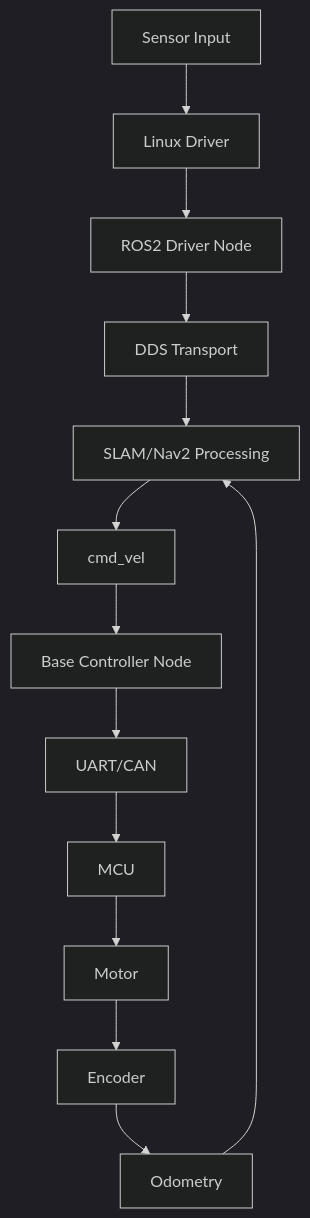
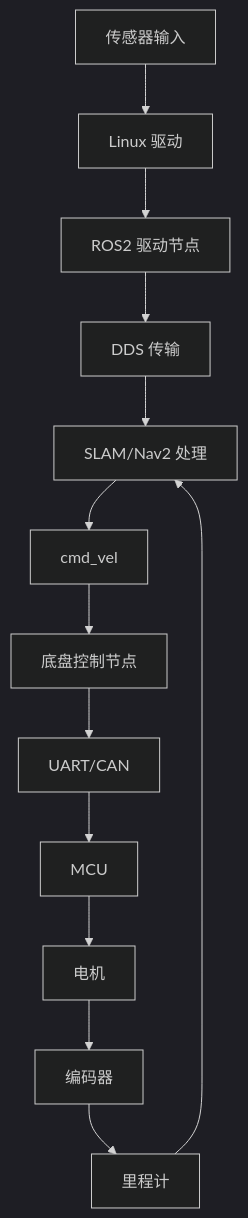
Before and after one commit to shimokagela-mk/cusor: the diagram in robot-knowledge-base/09-soc-porting/soc-migration-performance.md, drawn with Mermaid (dark theme). The commit also changed other lines of this file and 14 other files, not shown here.

````diff
--- a/robot-knowledge-base/09-soc-porting/soc-migration-performance.md
+++ b/robot-knowledge-base/09-soc-porting/soc-migration-performance.md
@@ -67,15 +65,15 @@
 ```mermaid
 flowchart TD
-    sensorInput["Sensor Input"] --> driver["Linux Driver"]
-    driver --> rosNode["ROS2 Driver Node"]
-    rosNode --> dds["DDS Transport"]
-    dds --> slamNav["SLAM/Nav2 Processing"]
+    sensorInput["传感器输入"] --> driver["Linux 驱动"]
+    driver --> rosNode["ROS2 驱动节点"]
+    rosNode --> dds["DDS 传输"]
+    dds --> slamNav["SLAM/Nav2 处理"]
     slamNav --> cmdVel["cmd_vel"]
-    cmdVel --> baseController["Base Controller Node"]
+    cmdVel --> baseController["底盘控制节点"]
     baseController --> uartCan["UART/CAN"]
     uartCan --> mcu["MCU"]
-    mcu --> motor["Motor"]
-    motor --> encoder["Encoder"]
-    encoder --> odom["Odometry"]
+    mcu --> motor["电机"]
+    motor --> encoder["编码器"]
+    encoder --> odom["里程计"]
     odom --> slamNav
 ```
````
